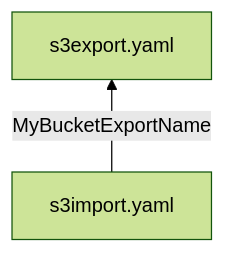
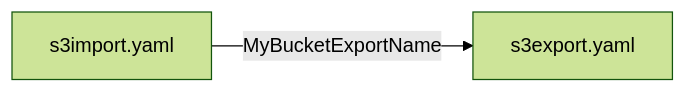
One commit to jay34986/cfn-template-dependency-visualization changed the first of 2 diagrams in README.md. Above: the diagram before and after it, drawn with Mermaid (forest theme). The commit also changed other lines of this file and 3 other files, not shown here.

Commit message:
Add direction option for Mermaid diagram and update tests

````diff
--- a/README.md
+++ b/README.md
@@ -21,4 +21,4 @@
 ```mermaid
-graph BT
+graph LR
     s3import.yaml-->|MyBucketExportName|s3export.yaml
 ```
````
